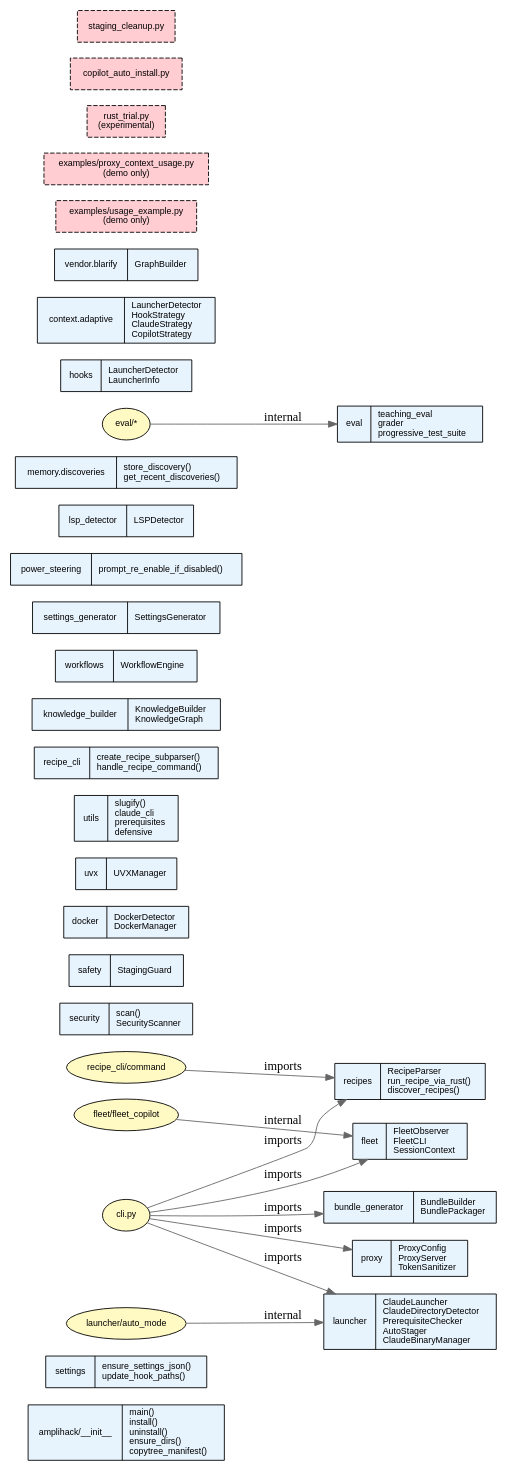
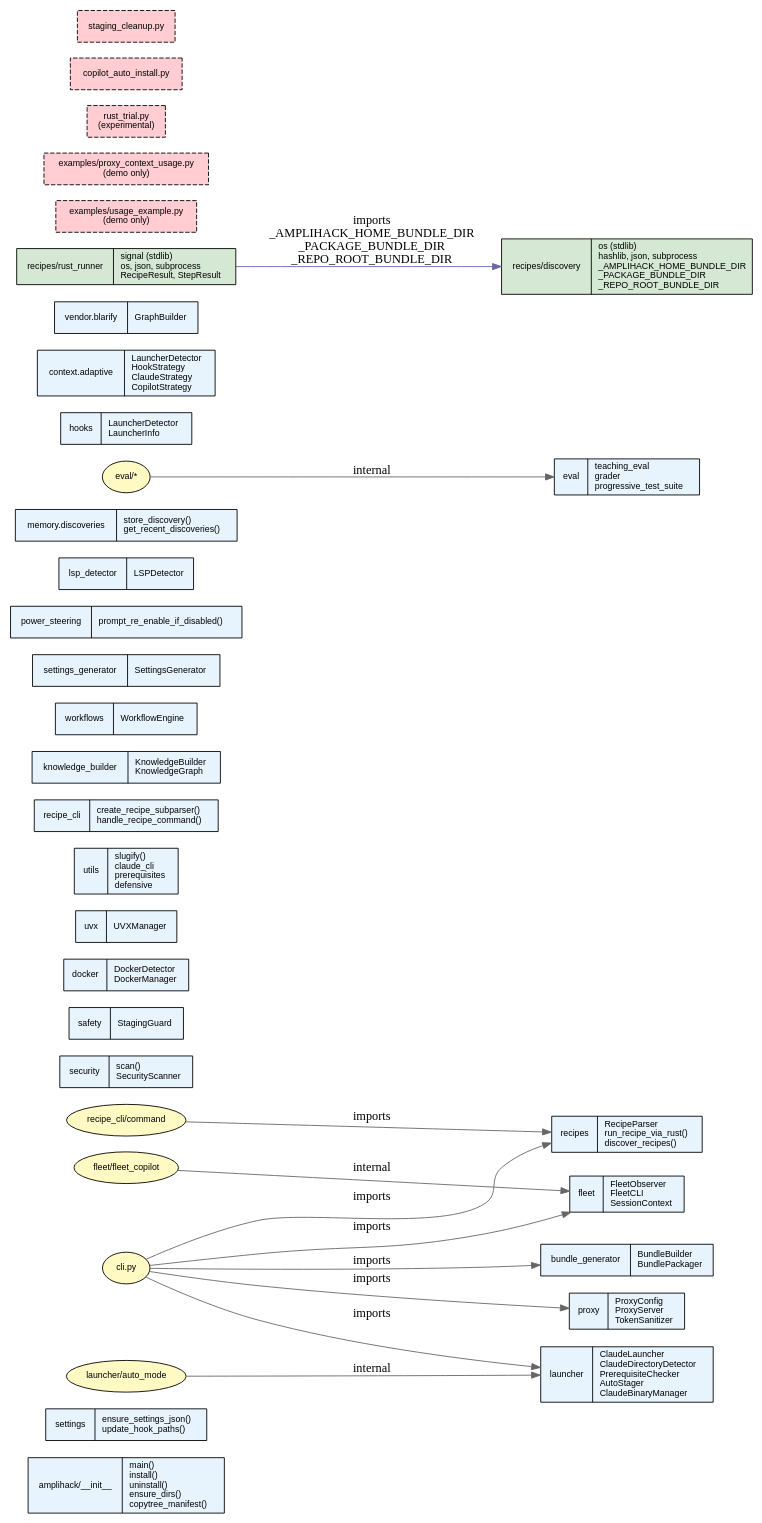
The diagram in docs/atlas/ast-lsp-bindings/ast-lsp-bindings.dot (rysweet/amplihack), drawn with Graphviz before and after one commit. The commit also changed 5 other files, not shown here.

```diff
--- a/docs/atlas/ast-lsp-bindings/ast-lsp-bindings.dot
+++ b/docs/atlas/ast-lsp-bindings/ast-lsp-bindings.dot
@@ -1,60 +1,67 @@
 digraph ast_lsp_bindings {
     rankdir=LR;
     fontname="Helvetica";
     node [fontname="Helvetica", fontsize=10];
     edge [color="#666666"];
 
     // Public API nodes as record shapes
     node [shape=record, style="filled", fillcolor="#e8f4fd"];
 
     amplihack [label="{amplihack/__init__|main()\linstall()\luninstall()\lensure_dirs()\lcopytree_manifest()\l}"];
     settings [label="{settings|ensure_settings_json()\lupdate_hook_paths()\l}"];
     launcher [label="{launcher|ClaudeLauncher\lClaudeDirectoryDetector\lPrerequisiteChecker\lAutoStager\lClaudeBinaryManager\l}"];
     proxy [label="{proxy|ProxyConfig\lProxyServer\lTokenSanitizer\l}"];
     security [label="{security|scan()\lSecurityScanner\l}"];
     safety [label="{safety|StagingGuard\l}"];
     docker [label="{docker|DockerDetector\lDockerManager\l}"];
     uvx [label="{uvx|UVXManager\l}"];
     utils [label="{utils|slugify()\lclaude_cli\lprerequisites\ldefensive\l}"];
     recipes [label="{recipes|RecipeParser\lrun_recipe_via_rust()\ldiscover_recipes()\l}"];
     recipe_cli [label="{recipe_cli|create_recipe_subparser()\lhandle_recipe_command()\l}"];
     fleet [label="{fleet|FleetObserver\lFleetCLI\lSessionContext\l}"];
     knowledge [label="{knowledge_builder|KnowledgeBuilder\lKnowledgeGraph\l}"];
     bundle [label="{bundle_generator|BundleBuilder\lBundlePackager\l}"];
     workflows [label="{workflows|WorkflowEngine\l}"];
     settings_gen [label="{settings_generator|SettingsGenerator\l}"];
     power [label="{power_steering|prompt_re_enable_if_disabled()\l}"];
     lsp [label="{lsp_detector|LSPDetector\l}"];
     memory [label="{memory.discoveries|store_discovery()\lget_recent_discoveries()\l}"];
     eval_pkg [label="{eval|teaching_eval\lgrader\lprogressive_test_suite\l}"];
     hooks [label="{hooks|LauncherDetector\lLauncherInfo\l}"];
     context [label="{context.adaptive|LauncherDetector\lHookStrategy\lClaudeStrategy\lCopilotStrategy\l}"];
     vendor [label="{vendor.blarify|GraphBuilder\l}"];
 
     // Cross-package imports
     node [shape=ellipse, style="filled", fillcolor="#fff9c4"];
     cli [label="cli.py"];
     auto_mode [label="launcher/auto_mode"];
     fleet_copilot [label="fleet/fleet_copilot"];
     recipe_cmd [label="recipe_cli/command"];
     eval_harness [label="eval/*"];
 
     cli -> launcher [label="imports"];
     cli -> proxy [label="imports"];
     cli -> fleet [label="imports"];
     cli -> recipes [label="imports"];
     cli -> bundle [label="imports"];
 
     auto_mode -> launcher [label="internal"];
     fleet_copilot -> fleet [label="internal"];
     recipe_cmd -> recipes [label="imports"];
     eval_harness -> eval_pkg [label="internal"];
 
+    // Intra-module: recipes/rust_runner -> recipes/discovery
+    node [shape=record, style="filled", fillcolor="#d4e8d4"];
+    rust_runner [label="{recipes/rust_runner|signal (stdlib)\los, json, subprocess\lRecipeResult, StepResult\l}"];
+    discovery_mod [label="{recipes/discovery|os (stdlib)\lhashlib, json, subprocess\l_AMPLIHACK_HOME_BUNDLE_DIR\l_PACKAGE_BUNDLE_DIR\l_REPO_ROOT_BUNDLE_DIR\l}"];
+
+    rust_runner -> discovery_mod [label="imports\n_AMPLIHACK_HOME_BUNDLE_DIR\n_PACKAGE_BUNDLE_DIR\n_REPO_ROOT_BUNDLE_DIR", color="#6666aa"];
+
     // Dead code candidates
     node [shape=box, style="dashed,filled", fillcolor="#ffcdd2"];
     dead1 [label="examples/usage_example.py\n(demo only)"];
     dead2 [label="examples/proxy_context_usage.py\n(demo only)"];
     dead3 [label="rust_trial.py\n(experimental)"];
     dead4 [label="copilot_auto_install.py"];
     dead5 [label="staging_cleanup.py"];
 }
```
